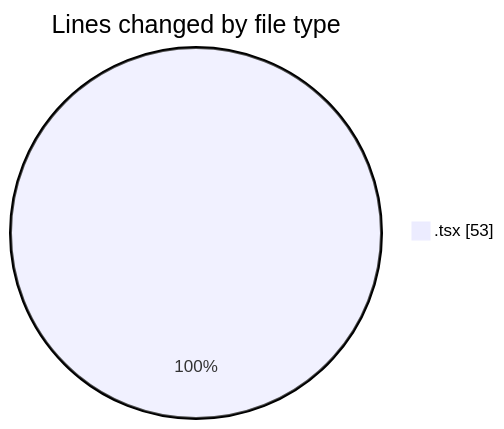
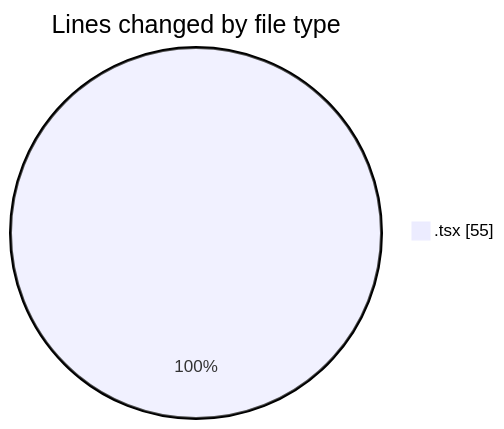
Before and after one commit to momahboobian/code-tracking: the first of 2 diagrams in 2026-10-30/cda/README.md, drawn with Mermaid. The commit also changed other lines of this file and 1 other file, not shown here.

````diff
--- a/2026-10-30/cda/README.md
+++ b/2026-10-30/cda/README.md
@@ -20,5 +20,5 @@
 ```mermaid
 pie showData
 title Lines changed by file type
-".tsx" : 53
+".tsx" : 55
 ```
````
